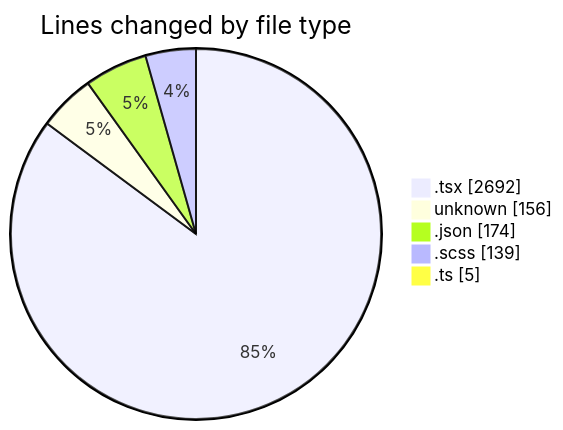
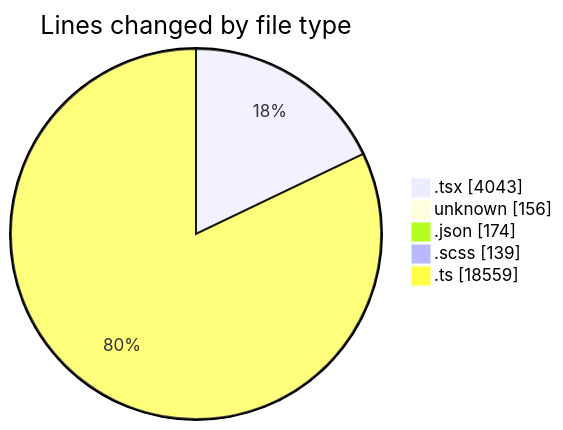
One commit to momahboobian/code-tracking changed the first of 2 diagrams in 2026-09-28/cda/README.md. Above: the diagram before and after it, drawn with Mermaid. The commit also changed other lines of this file and 1 other file, not shown here.

````diff
--- a/2026-09-28/cda/README.md
+++ b/2026-09-28/cda/README.md
@@ -34,9 +41,9 @@
 ```mermaid
 pie showData
 title Lines changed by file type
-".tsx" : 2692
+".tsx" : 4043
 "unknown" : 156
 ".json" : 174
 ".scss" : 139
-".ts" : 5
+".ts" : 18559
 ```
````
